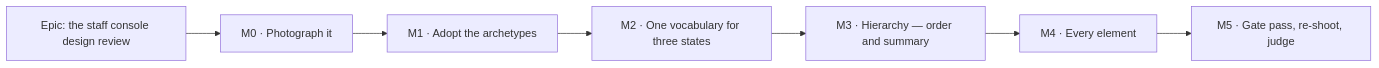
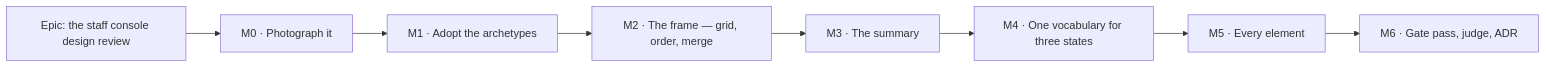
Before and after one commit to HuttonHomeHub/SchedulePoint_1: the diagram in docs/specs/staff-console-design/implementation-plan.md, drawn with Mermaid. The commit also changed other lines of this file and 2 other files, not shown here.

````diff
--- a/docs/specs/staff-console-design/implementation-plan.md
+++ b/docs/specs/staff-console-design/implementation-plan.md
@@ -9,9 +15,10 @@
 ```mermaid
 flowchart LR
   E["Epic: the staff console design review"] --> M0["M0 · Photograph it"]
   M0 --> M1["M1 · Adopt the archetypes"]
-  M1 --> M2["M2 · One vocabulary for three states"]
-  M2 --> M3["M3 · Hierarchy — order and summary"]
-  M3 --> M4["M4 · Every element"]
-  M4 --> M5["M5 · Gate pass, re-shoot, judge"]
+  M1 --> M2["M2 · The frame — grid, order, merge"]
+  M2 --> M3["M3 · The summary"]
+  M3 --> M4["M4 · One vocabulary for three states"]
+  M4 --> M5["M5 · Every element"]
+  M5 --> M6["M6 · Gate pass, judge, ADR"]
 ```
````
